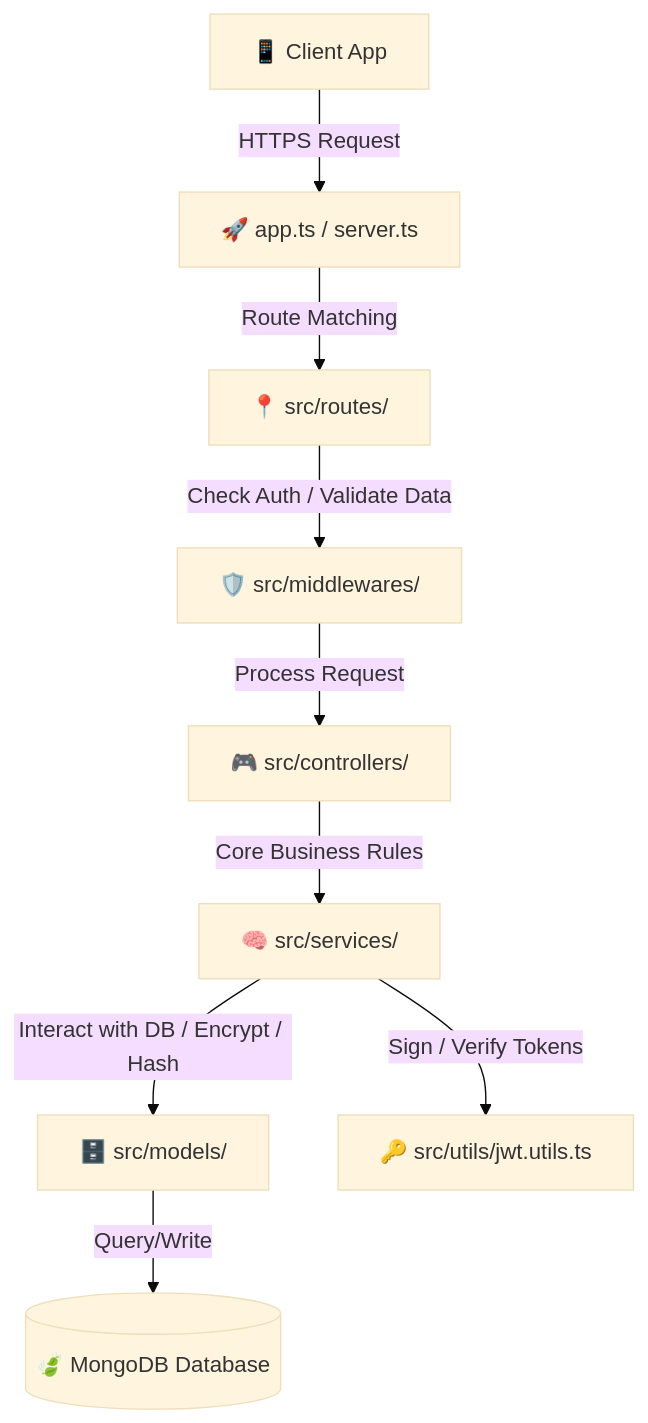
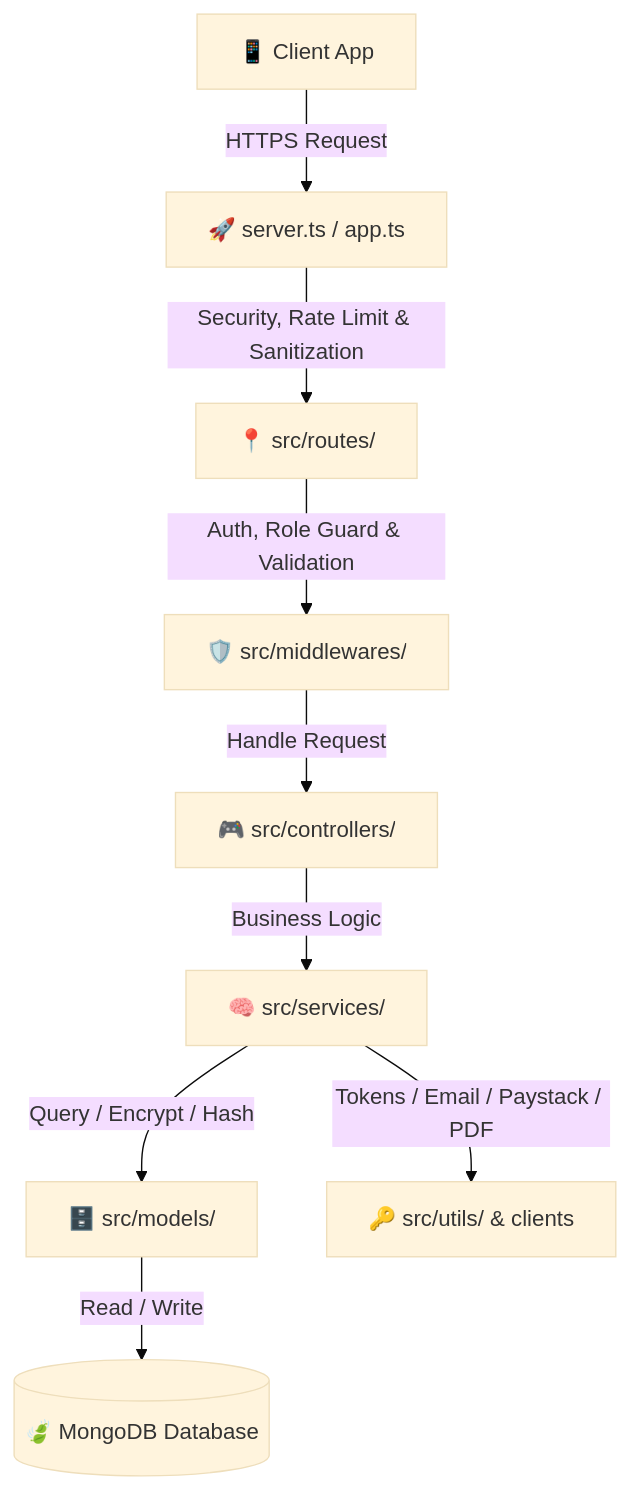
The diagram in backend/README.md (somidotun/nibss-wallet), drawn with Mermaid (base theme) before and after one commit. The commit also changed other lines of this file and 16 other files, not shown here.

````diff
--- a/backend/README.md
+++ b/backend/README.md
@@ -212,11 +177,11 @@
 ```mermaid
 graph TD
-    Client[📱 Client App] -->|HTTPS Request| Express[🚀 app.ts / server.ts]
-    Express -->|Route Matching| Router[📍 src/routes/]
-    Router -->|Check Auth / Validate Data| Middleware[🛡️ src/middlewares/]
-    Middleware -->|Process Request| Controller[🎮 src/controllers/]
-    Controller -->|Core Business Rules| Service[🧠 src/services/]
-    Service -->|Interact with DB / Encrypt / Hash| Model[🗄️ src/models/]
-    Service -->|Sign / Verify Tokens| JWT[🔑 src/utils/jwt.utils.ts]
-    Model -->|Query/Write| MongoDB[(🍃 MongoDB Database)]
+    Client[📱 Client App] -->|HTTPS Request| Express[🚀 server.ts / app.ts]
+    Express -->|Security, Rate Limit & Sanitization| Router[📍 src/routes/]
+    Router -->|Auth, Role Guard & Validation| Middleware[🛡️ src/middlewares/]
+    Middleware -->|Handle Request| Controller[🎮 src/controllers/]
+    Controller -->|Business Logic| Service[🧠 src/services/]
+    Service -->|Query / Encrypt / Hash| Model[🗄️ src/models/]
+    Service -->|Tokens / Email / Paystack / PDF| Utils[🔑 src/utils/ & clients]
+    Model -->|Read / Write| MongoDB[(🍃 MongoDB Database)]
 ```
````
